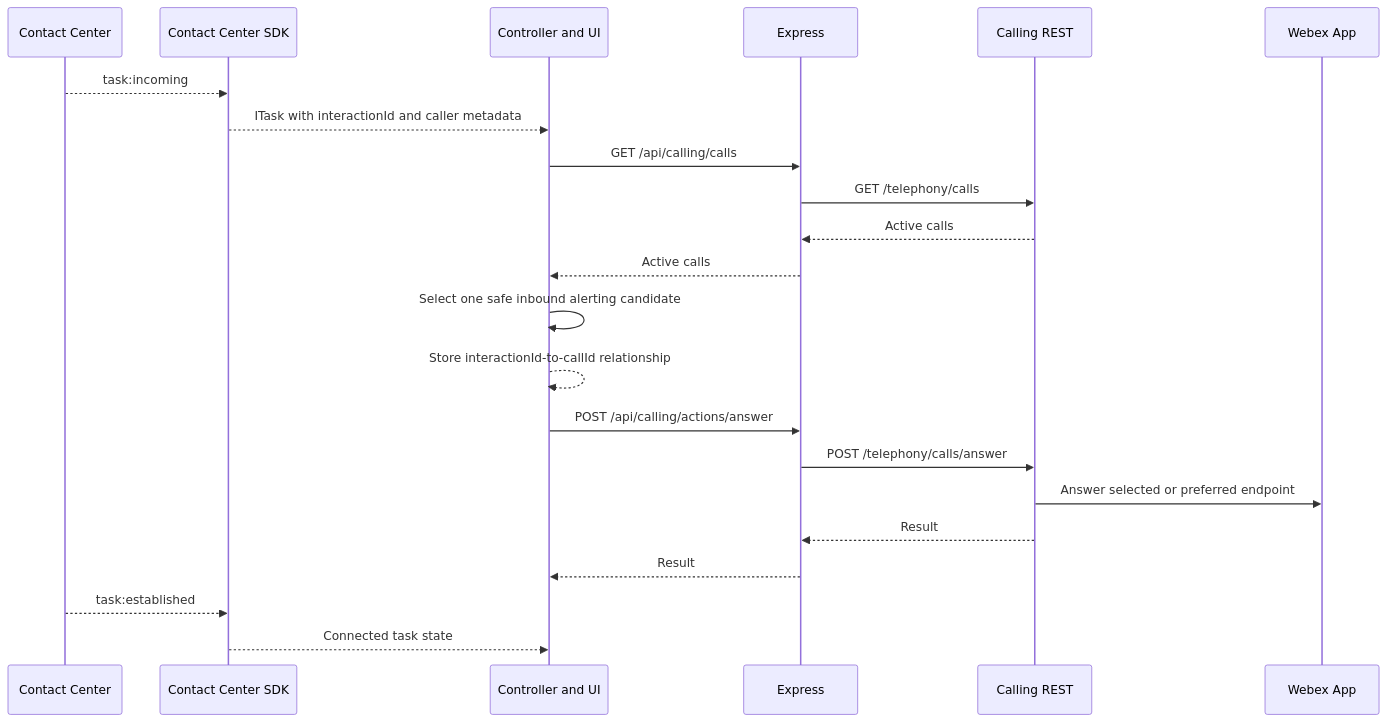
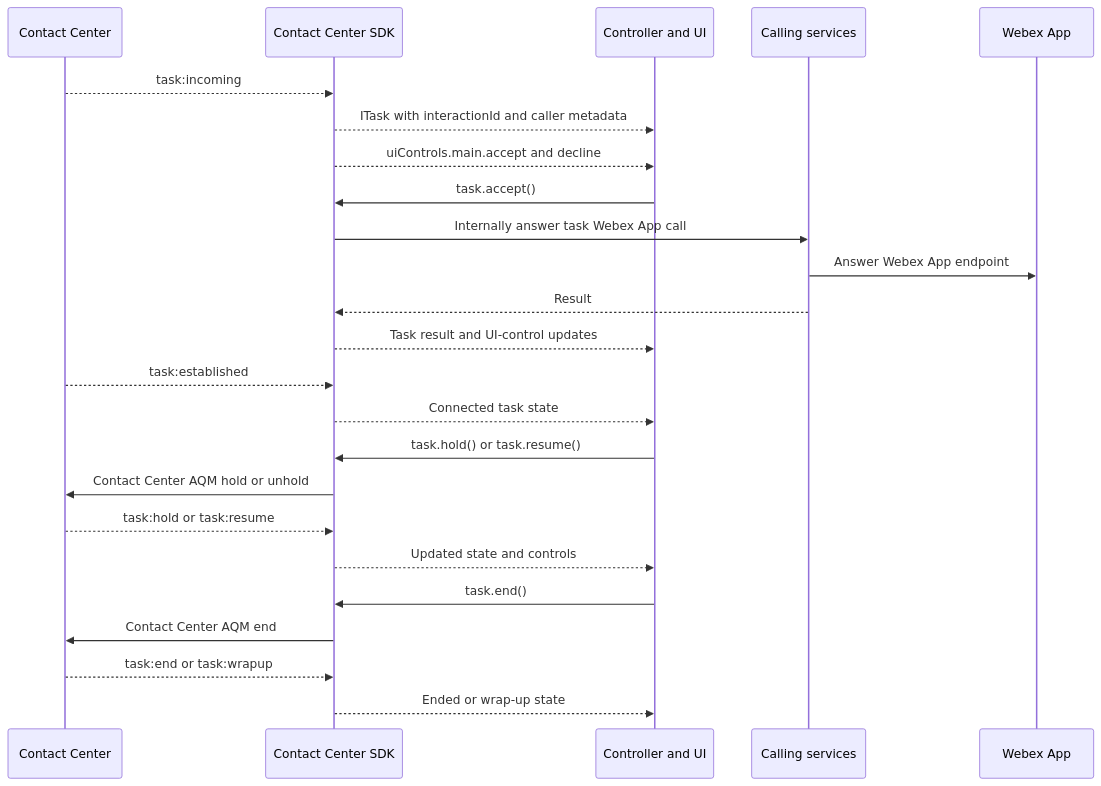
Before and after one commit to aashishberry/webexcc_sdk_app: the fifth of 8 diagrams in ARCHITECTURE.md, drawn with Mermaid. The commit also changed other lines of this file and 13 other files, not shown here.

Commit message:
migrate call controls to contact center sdk

````diff
--- a/ARCHITECTURE.md
+++ b/ARCHITECTURE.md
@@ -167,25 +171,27 @@
 ```mermaid
 sequenceDiagram
     participant W as Contact Center
     participant SDK as Contact Center SDK
     participant UI as Controller and UI
-    participant S as Express
-    participant C as Calling REST
+    participant C as Calling services
     participant A as Webex App
 
     W-->>SDK: task:incoming
     SDK-->>UI: ITask with interactionId and caller metadata
-    UI->>S: GET /api/calling/calls
-    S->>C: GET /telephony/calls
-    C-->>S: Active calls
-    S-->>UI: Active calls
-    UI->>UI: Select one safe inbound alerting candidate
-    UI-->>UI: Store interactionId-to-callId relationship
-    UI->>S: POST /api/calling/actions/answer
-    S->>C: POST /telephony/calls/answer
-    C->>A: Answer selected or preferred endpoint
-    C-->>S: Result
-    S-->>UI: Result
+    SDK-->>UI: uiControls.main.accept and decline
+    UI->>SDK: task.accept()
+    SDK->>C: Internally answer task Webex App call
+    C->>A: Answer Webex App endpoint
+    C-->>SDK: Result
+    SDK-->>UI: Task result and UI-control updates
     W-->>SDK: task:established
     SDK-->>UI: Connected task state
+    UI->>SDK: task.hold() or task.resume()
+    SDK->>W: Contact Center AQM hold or unhold
+    W-->>SDK: task:hold or task:resume
+    SDK-->>UI: Updated state and controls
+    UI->>SDK: task.end()
+    SDK->>W: Contact Center AQM end
+    W-->>SDK: task:end or task:wrapup
+    SDK-->>UI: Ended or wrap-up state
 ```
````
